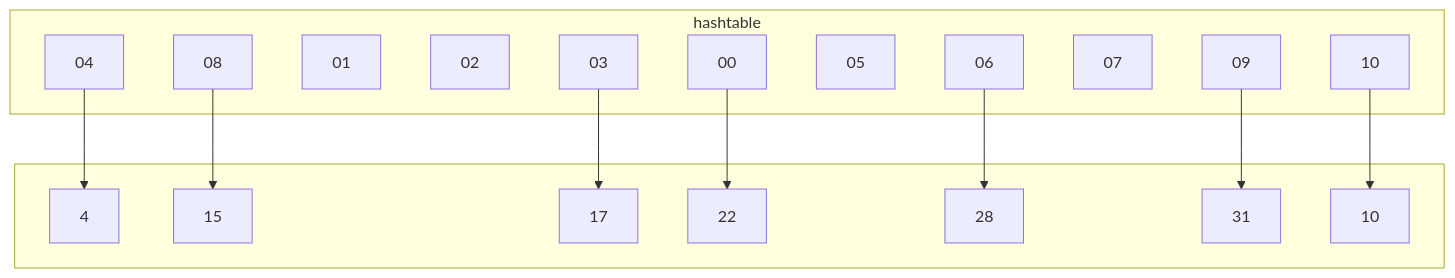
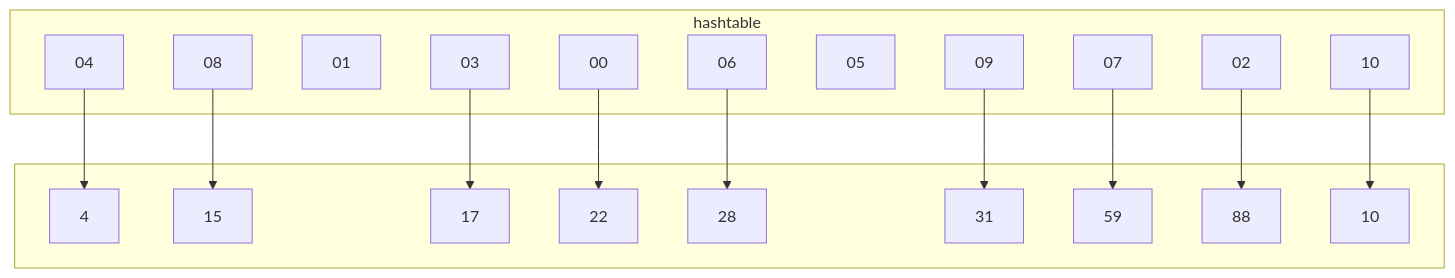
Before and after one commit to Tiggax/Zapiski: the fourth of 4 diagrams in 2. Letnik/Podatkovne strukture in algoritmi/Razpršilne tabele.md, drawn with Mermaid. The commit also changed other lines of this file and 2 other files, not shown here.

Commit message:
flyingarchie backup: 2021-12-01 16:38:49

````diff
--- a/2. Letnik/Podatkovne strukture in algoritmi/Razpršilne tabele.md
+++ b/2. Letnik/Podatkovne strukture in algoritmi/Razpršilne tabele.md
@@ -132,29 +132,29 @@
 ```mermaid
 graph TD
 subgraph a[hashtable]
 00
 01
 02
 03
 04
 05
 06
 07
 08
 09
 10
 end
 subgraph b[<br>]
 00-->22
 01
-02
+02-->88
 03-->17
 04-->4
 05
 06-->28
-07
+07-->59
 08-->15
 09-->31
 10-->010[10]
 end
 ```
````
